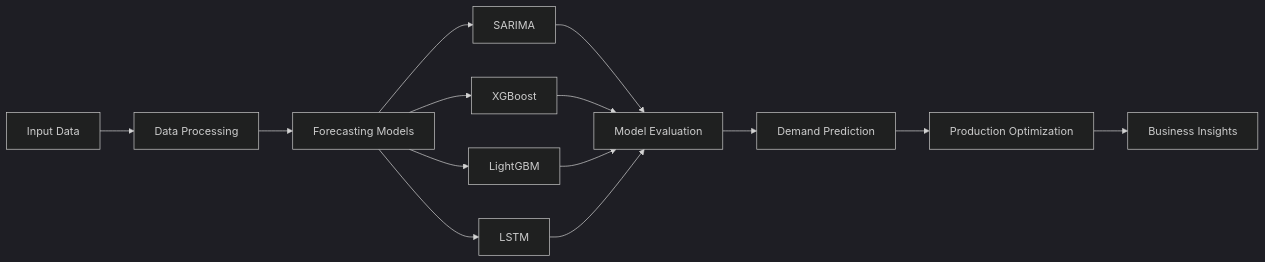
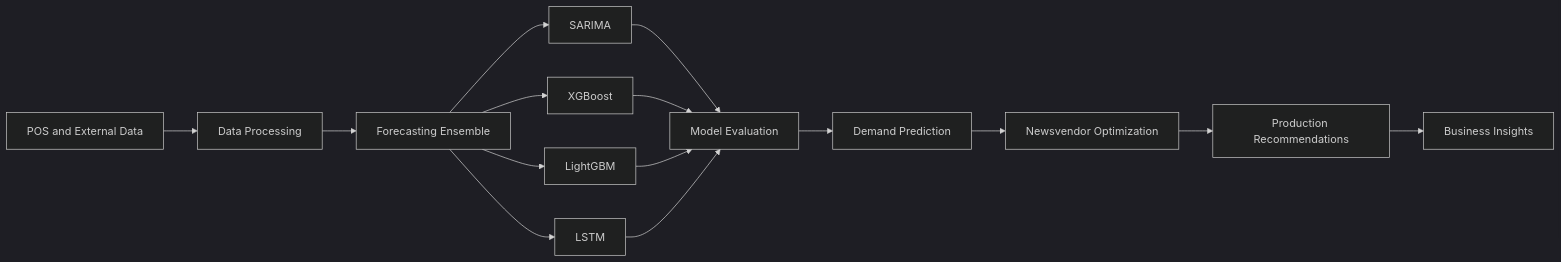
One commit to Manojkumarleburu-ai/Forecastiq-demand-forecasting changed the second of 6 diagrams in README.md. Above: the diagram before and after it, drawn with Mermaid (dark theme). The commit also changed other lines of this file, not shown here.

````diff
--- a/README.md
+++ b/README.md
@@ -68,16 +80,20 @@
 ```mermaid
 flowchart LR
-    A["Input Data"] --> B["Data Processing"]
-    B --> C["Forecasting Models"]
+    A["POS and External Data"] --> B["Data Processing"]
+    B --> C["Forecasting Ensemble"]
+
     C --> D["SARIMA"]
     C --> E["XGBoost"]
     C --> F["LightGBM"]
     C --> G["LSTM"]
+
     D --> H["Model Evaluation"]
     E --> H
     F --> H
     G --> H
+
     H --> I["Demand Prediction"]
-    I --> J["Production Optimization"]
-    J --> K["Business Insights"]
+    I --> J["Newsvendor Optimization"]
+    J --> K["Production Recommendations"]
+    K --> L["Business Insights"]
 ```
````
